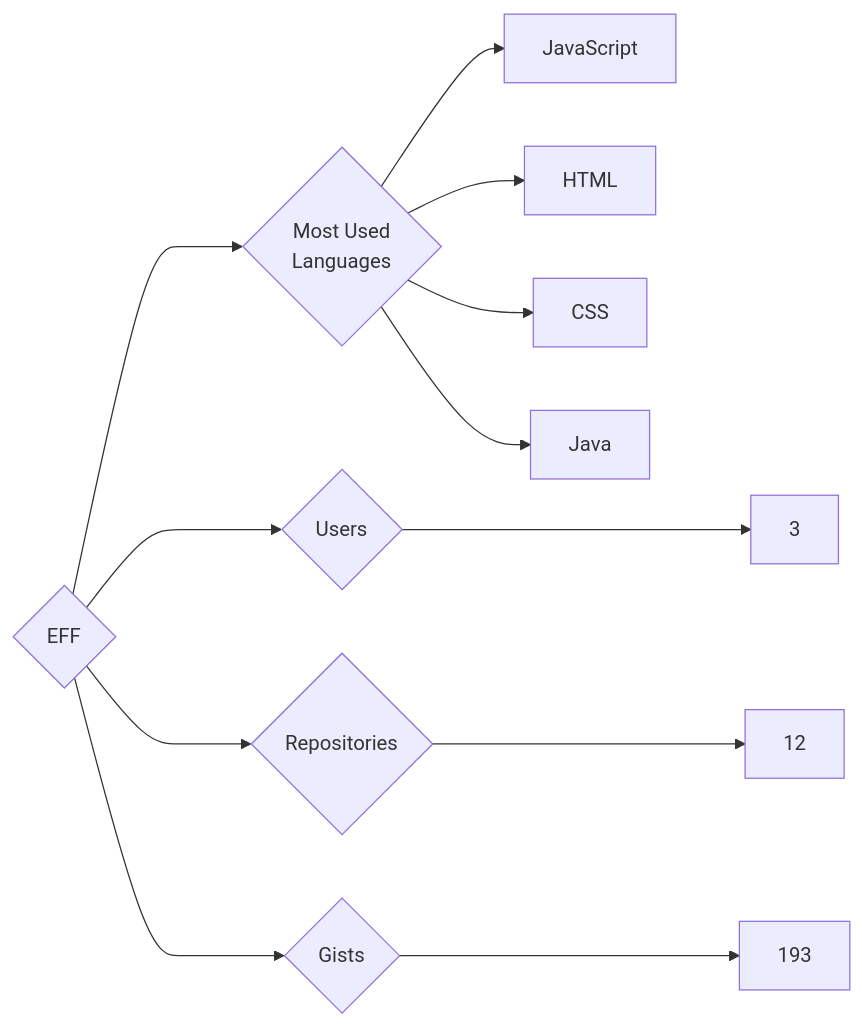
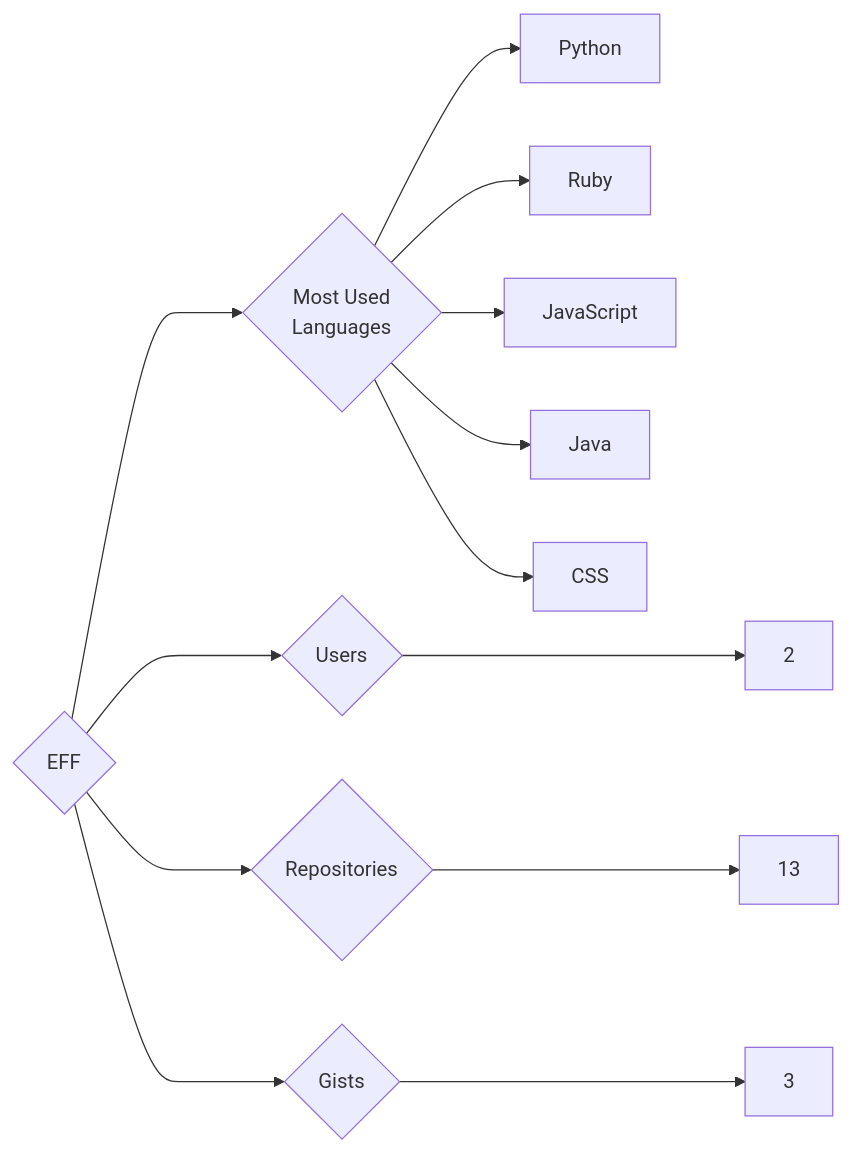
The diagram in targets/EFF/README.md (trickest/insiders), drawn with Mermaid before and after one commit. The commit also changed 933 other files, not shown here.

````diff
--- a/targets/EFF/README.md
+++ b/targets/EFF/README.md
@@ -3,12 +3,13 @@
 ```mermaid
 graph LR
 COMPANY_NAME{EFF}
-COMPANY_NAME ---> U{Users} ---> UN[3]
-COMPANY_NAME ---> R{Repositories} ---> RN[12]
-COMPANY_NAME ---> G{Gists} ---> GN[193]
+COMPANY_NAME ---> U{Users} ---> UN[2]
+COMPANY_NAME ---> R{Repositories} ---> RN[13]
+COMPANY_NAME ---> G{Gists} ---> GN[3]
 COMPANY_NAME ---> ML{Most Used<br>Languages}
+ML --> Python[Python]
+ML --> Ruby[Ruby]
 ML --> JavaScript[JavaScript]
-ML --> HTML[HTML]
+ML --> Java[Java]
 ML --> CSS[CSS]
-ML --> Java[Java]
 ```
````
